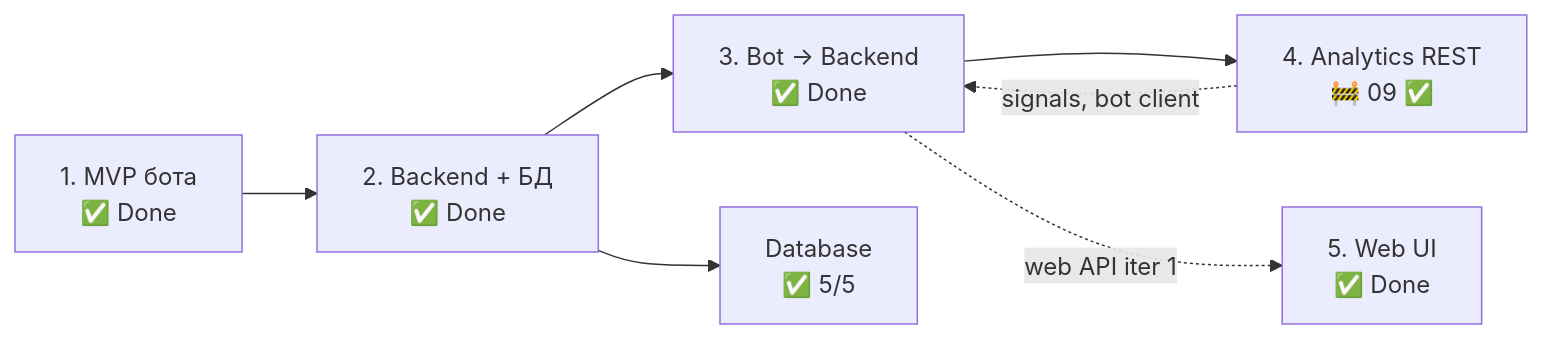
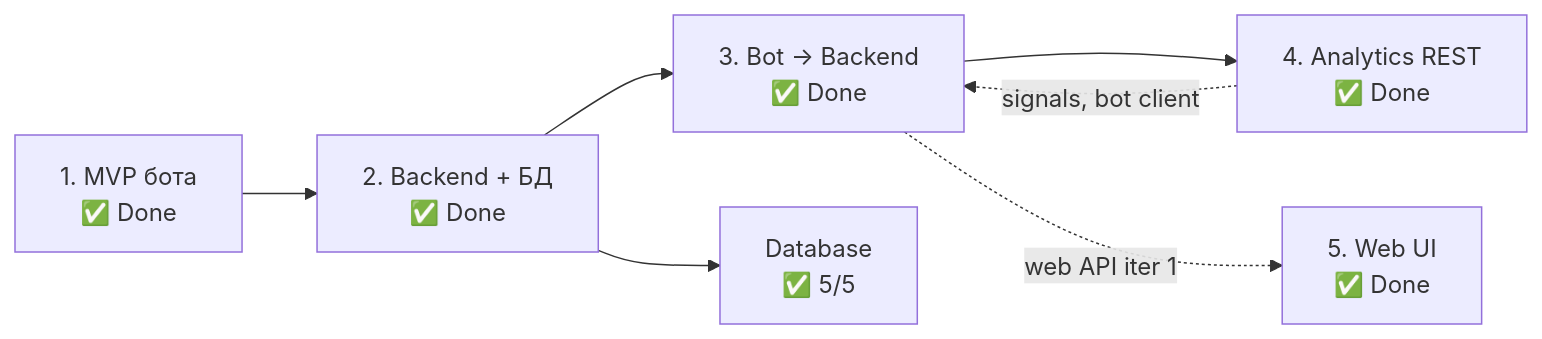
Before and after one commit to zatulik2606/diaai: the diagram in docs/plan.md, drawn with Mermaid. The commit also changed other lines of this file and 19 other files, not shown here.

````diff
--- a/docs/plan.md
+++ b/docs/plan.md
@@ -46,15 +46,15 @@
 ```mermaid
 flowchart LR
     E1["1. MVP бота\n✅ Done"]
     E2["2. Backend + БД\n✅ Done"]
     E3["3. Bot → Backend\n✅ Done"]
-    E4["4. Analytics REST\n🚧 09 ✅"]
+    E4["4. Analytics REST\n✅ Done"]
     E5["5. Web UI\n✅ Done"]
     DB["Database\n✅ 5/5"]
 
     E1 --> E2 --> E3
     E3 --> E4
     E2 --> DB
     E3 -.->|"web API iter 1"| E5
     E4 -.->|"signals, bot client"| E3
 ```
````
